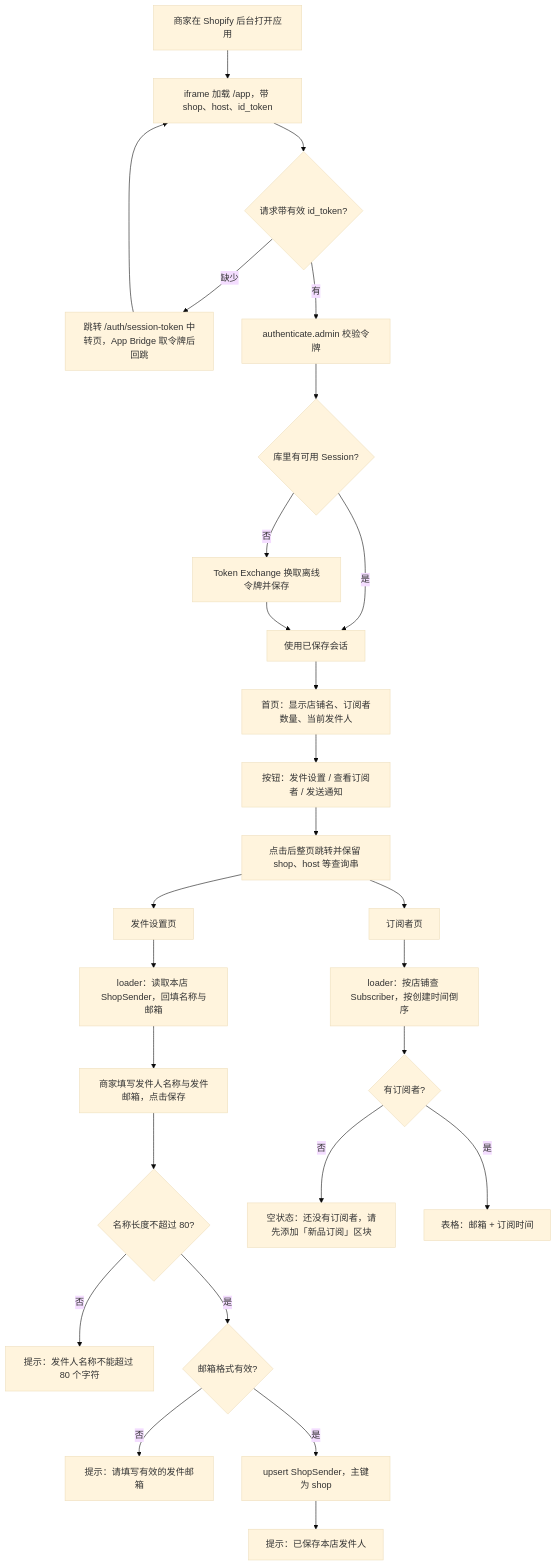
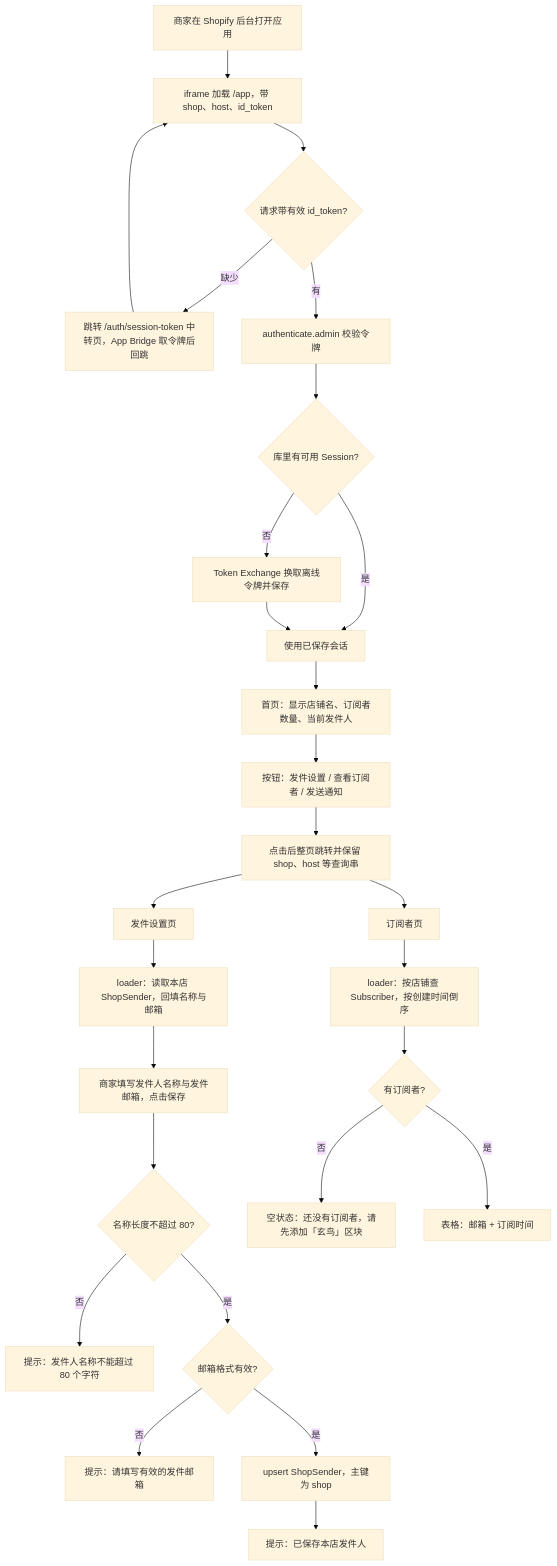
Before and after one commit to yplovecl/shopify-product-notify: the fourth of 6 diagrams in docs/product-notify-flows.md, drawn with Mermaid (base theme). The commit also changed other lines of this file and 7 other files, not shown here.

````diff
--- a/docs/product-notify-flows.md
+++ b/docs/product-notify-flows.md
@@ -170,31 +170,31 @@
 ```mermaid
 flowchart TD
     A["商家在 Shopify 后台打开应用"] --> B["iframe 加载 /app，带 shop、host、id_token"]
     B --> C{"请求带有效 id_token?"}
     C -->|缺少| C1["跳转 /auth/session-token 中转页，App Bridge 取令牌后回跳"]
     C1 --> B
     C -->|有| D["authenticate.admin 校验令牌"]
     D --> E{"库里有可用 Session?"}
     E -->|否| E1["Token Exchange 换取离线令牌并保存"]
     E -->|是| F["使用已保存会话"]
     E1 --> F
     F --> G["首页：显示店铺名、订阅者数量、当前发件人"]
     G --> H["按钮：发件设置 / 查看订阅者 / 发送通知"]
     H --> I["点击后整页跳转并保留 shop、host 等查询串"]
 
     I --> S["发件设置页"]
     S --> S1["loader：读取本店 ShopSender，回填名称与邮箱"]
     S1 --> S2["商家填写发件人名称与发件邮箱，点击保存"]
     S2 --> S3{"名称长度不超过 80?"}
     S3 -->|否| S4["提示：发件人名称不能超过 80 个字符"]
     S3 -->|是| S5{"邮箱格式有效?"}
     S5 -->|否| S6["提示：请填写有效的发件邮箱"]
     S5 -->|是| S7["upsert ShopSender，主键为 shop"]
     S7 --> S8["提示：已保存本店发件人"]
 
     I --> L["订阅者页"]
     L --> L1["loader：按店铺查 Subscriber，按创建时间倒序"]
     L1 --> L2{"有订阅者?"}
-    L2 -->|否| L3["空状态：还没有订阅者，请先添加「新品订阅」区块"]
+    L2 -->|否| L3["空状态：还没有订阅者，请先添加「玄鸟」区块"]
     L2 -->|是| L4["表格：邮箱 + 订阅时间"]
 ```
````
